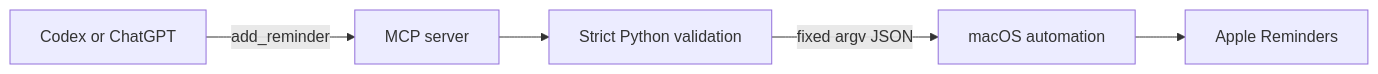
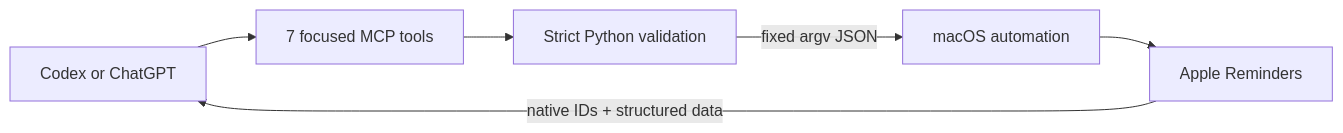
One commit to henryvn27/apple-reminders-mcp changed the diagram in README.md. Above: the diagram before and after it, drawn with Mermaid. The commit also changed other lines of this file and 6 other files, not shown here.

````diff
--- a/README.md
+++ b/README.md
@@ -60,7 +73,8 @@
-~~~mermaid
+```mermaid
 flowchart LR
-    A[Codex or ChatGPT] -->|add_reminder| B[MCP server]
+    A[Codex or ChatGPT] --> B[7 focused MCP tools]
     B --> C[Strict Python validation]
     C -->|fixed argv JSON| D[macOS automation]
     D --> E[Apple Reminders]
-~~~
+    E -->|native IDs + structured data| A
+```
````
